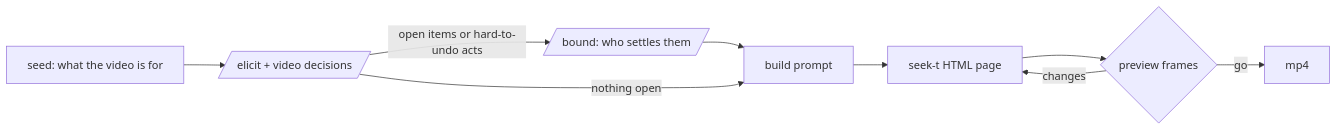
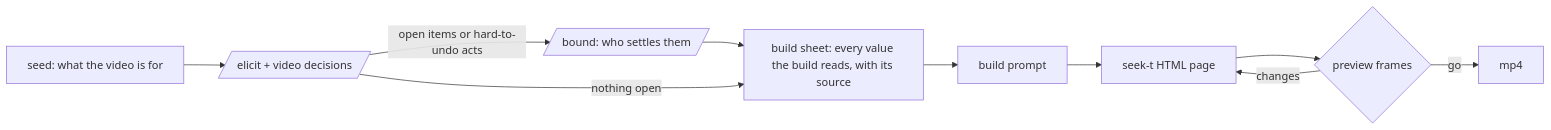
One commit to jongwony/cc-plugin changed the diagram in motion/README.md. Above: the diagram before and after it, drawn with Mermaid. The commit also changed other lines of this file and 5 other files, not shown here.

````diff
--- a/motion/README.md
+++ b/motion/README.md
@@ -5,11 +5,12 @@
 ```mermaid
 flowchart LR
   A[seed: what the video is for] --> B[/elicit + video decisions/]
   B -- open items or hard-to-undo acts --> G[/bound: who settles them/]
-  G --> C
-  B -- nothing open --> C[build prompt]
+  G --> S
+  B -- nothing open --> S[build sheet: every value the build reads, with its source]
+  S --> C[build prompt]
   C --> D[seek-t HTML page]
   D --> E{preview frames}
   E -- changes --> D
   E -- go --> F[mp4]
 ```
````
